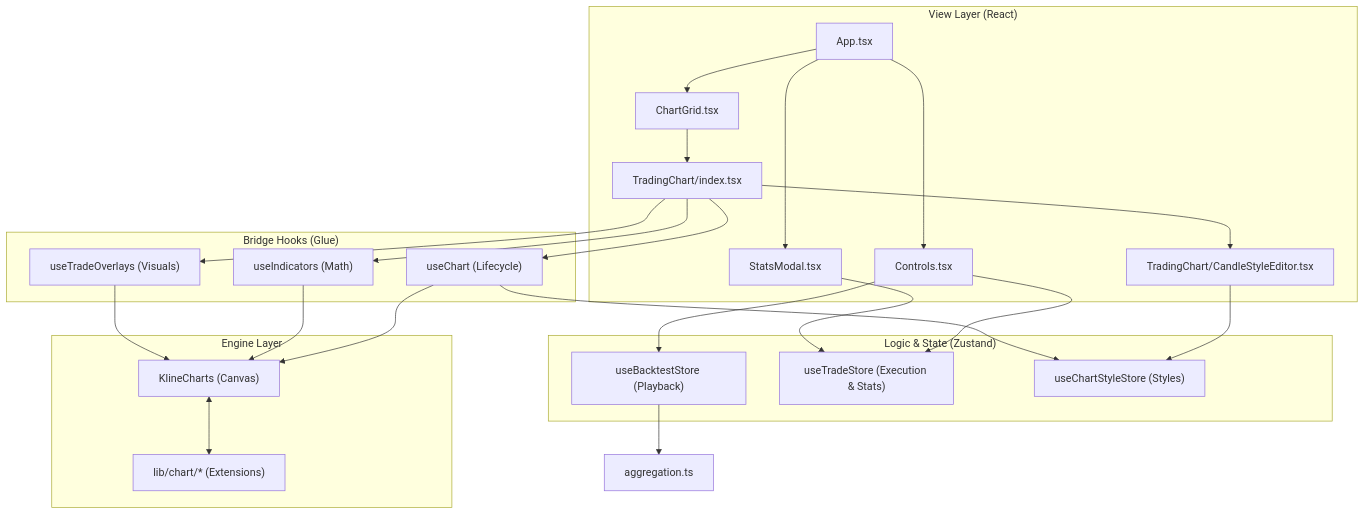
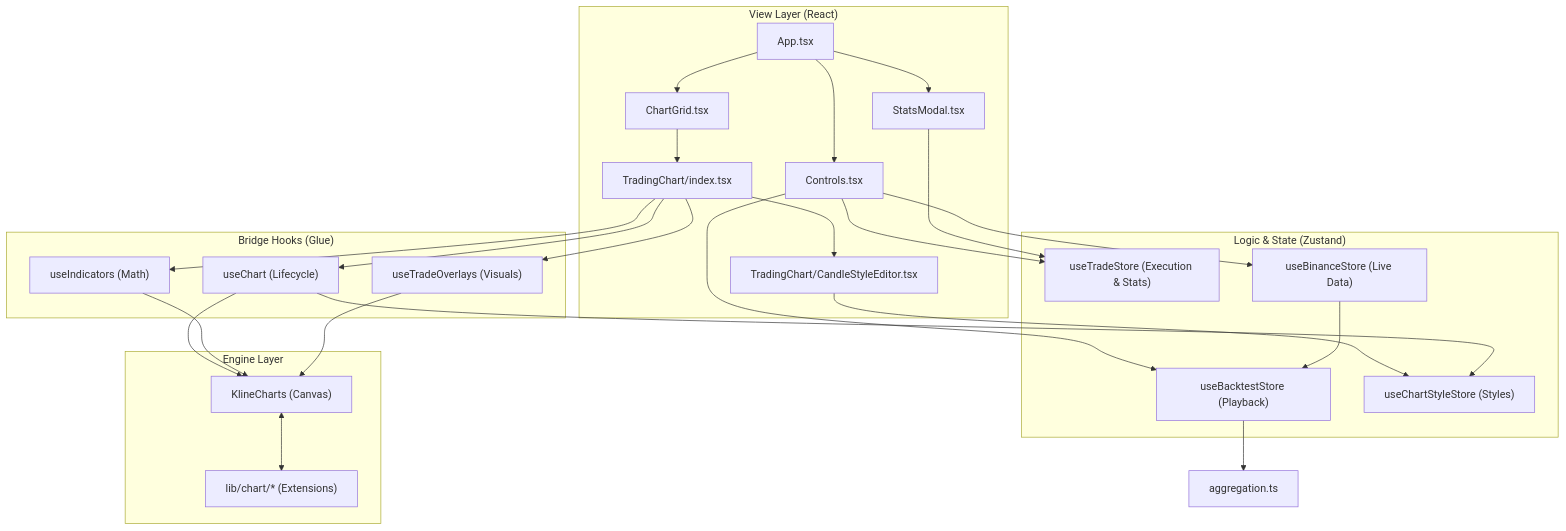
One commit to BinaryMasc/OpenBackTest changed the diagram in CODEBASE.md. Above: the diagram before and after it, drawn with Mermaid. The commit also changed other lines of this file and 9 other files, not shown here.

Commit message:
feat: add binance futures data-feed real time

````diff
--- a/CODEBASE.md
+++ b/CODEBASE.md
@@ -116,41 +118,43 @@
 ```mermaid
 graph TD
     %% Layers
     subgraph UI ["View Layer (React)"]
         App["App.tsx"]
         Controls["Controls.tsx"]
         ChartGrid["ChartGrid.tsx"]
         ChartUI["TradingChart/index.tsx"]
         CandleEditor["TradingChart/CandleStyleEditor.tsx"]
         Stats["StatsModal.tsx"]
     end
 
     subgraph Logic ["Logic & State (Zustand)"]
         BS["useBacktestStore (Playback)"]
         TS["useTradeStore (Execution & Stats)"]
         CSS["useChartStyleStore (Styles)"]
+        BNS["useBinanceStore (Live Data)"]
     end
 
     subgraph Bridge ["Bridge Hooks (Glue)"]
         UC["useChart (Lifecycle)"]
         UIH["useIndicators (Math)"]
         UT["useTradeOverlays (Visuals)"]
     end
 
     subgraph Engine ["Engine Layer"]
         KC["KlineCharts (Canvas)"]
         Lib["lib/chart/* (Extensions)"]
     end
 
     %% Mapping
     App --> Controls & ChartGrid & Stats
     ChartGrid --> ChartUI
-    Controls --> BS & TS
+    Controls --> BS & TS & BNS
+    BNS --> BS
     ChartUI --> UC & UIH & UT & CandleEditor
     CandleEditor --> CSS
     Stats --> TS
     UC & UIH & UT --> KC
     UC --> CSS
     KC <--> Lib
     BS --> Agg["aggregation.ts"]
 ```
````
